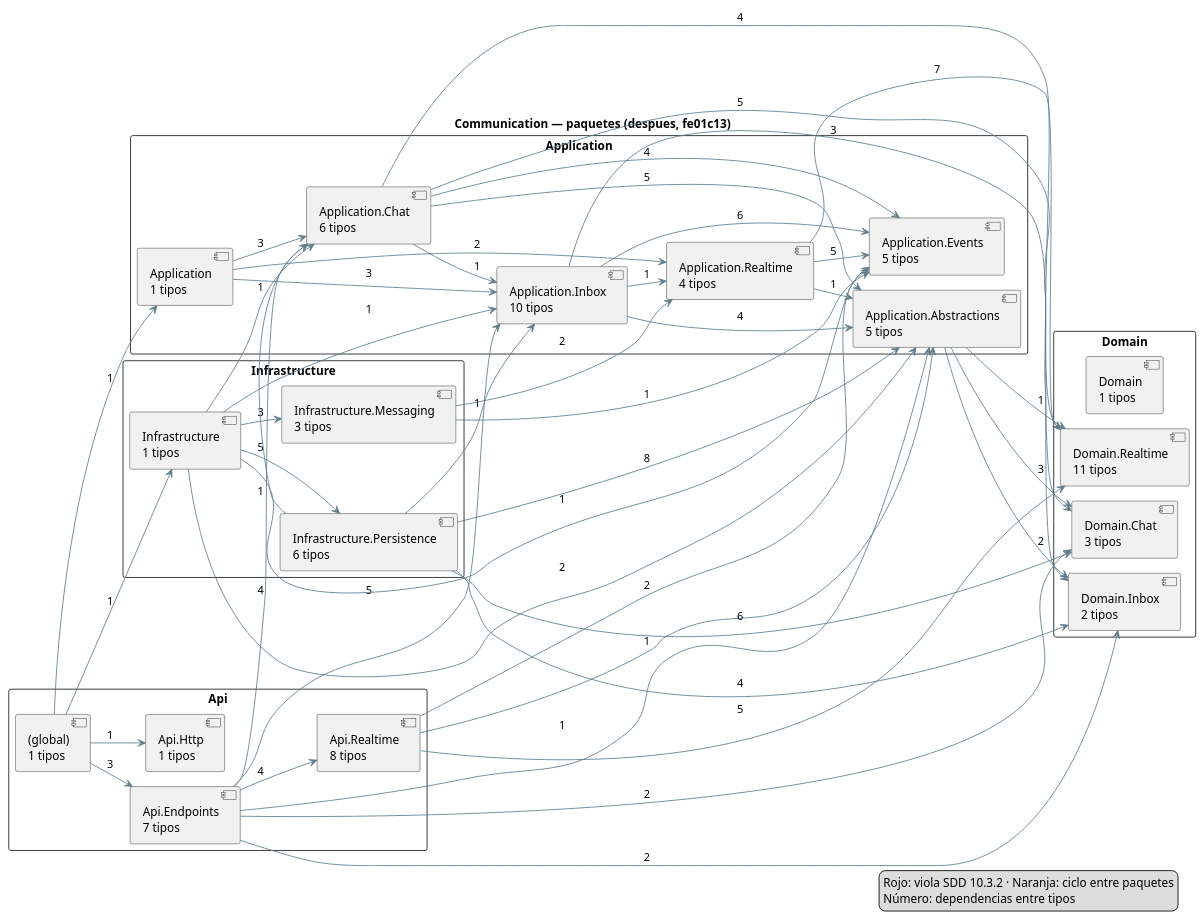
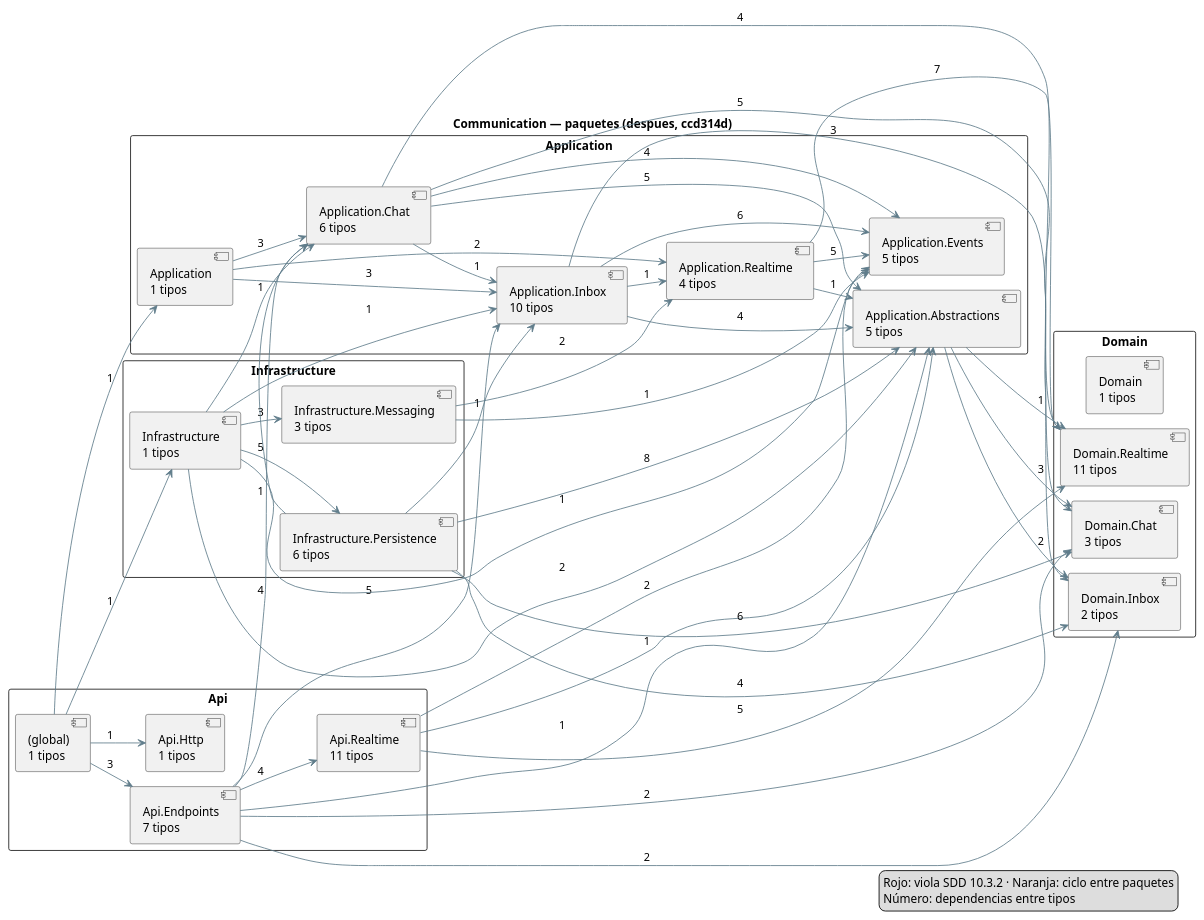
Before and after one commit to ARQUI-202630/quickpatch: the diagram in docs/architecture/codigo/despues/communication/paquetes.puml, drawn with PlantUML. The commit also changed 24 other files, not shown here.

```diff
--- a/docs/architecture/codigo/despues/communication/paquetes.puml
+++ b/docs/architecture/codigo/despues/communication/paquetes.puml
@@ -1,80 +1,80 @@
 @startuml
 !pragma layout smetana
-title Communication — paquetes (despues, fe01c13)
+title Communication — paquetes (despues, ccd314d)
 skinparam packageStyle rectangle
 skinparam shadowing false
 left to right direction
 package "Api" {
   component "(global)\n1 tipos" as _global_
   component "Api.Endpoints\n7 tipos" as QuickPatch_Communication_Api_Endpoints
   component "Api.Http\n1 tipos" as QuickPatch_Communication_Api_Http
-  component "Api.Realtime\n8 tipos" as QuickPatch_Communication_Api_Realtime
+  component "Api.Realtime\n11 tipos" as QuickPatch_Communication_Api_Realtime
 }
 package "Application" {
   component "Application\n1 tipos" as QuickPatch_Communication_Application
   component "Application.Abstractions\n5 tipos" as QuickPatch_Communication_Application_Abstractions
   component "Application.Chat\n6 tipos" as QuickPatch_Communication_Application_Chat
   component "Application.Events\n5 tipos" as QuickPatch_Communication_Application_Events
   component "Application.Inbox\n10 tipos" as QuickPatch_Communication_Application_Inbox
   component "Application.Realtime\n4 tipos" as QuickPatch_Communication_Application_Realtime
 }
 package "Domain" {
   component "Domain\n1 tipos" as QuickPatch_Communication_Domain
   component "Domain.Chat\n3 tipos" as QuickPatch_Communication_Domain_Chat
   component "Domain.Inbox\n2 tipos" as QuickPatch_Communication_Domain_Inbox
   component "Domain.Realtime\n11 tipos" as QuickPatch_Communication_Domain_Realtime
 }
 package "Infrastructure" {
   component "Infrastructure\n1 tipos" as QuickPatch_Communication_Infrastructure
   component "Infrastructure.Messaging\n3 tipos" as QuickPatch_Communication_Infrastructure_Messaging
   component "Infrastructure.Persistence\n6 tipos" as QuickPatch_Communication_Infrastructure_Persistence
 }
 _global_ --> QuickPatch_Communication_Api_Endpoints #607D8B : 3
 _global_ --> QuickPatch_Communication_Api_Http #607D8B : 1
 _global_ --> QuickPatch_Communication_Application #607D8B : 1
 _global_ --> QuickPatch_Communication_Infrastructure #607D8B : 1
 QuickPatch_Communication_Api_Endpoints --> QuickPatch_Communication_Api_Realtime #607D8B : 4
 QuickPatch_Communication_Api_Endpoints --> QuickPatch_Communication_Application_Abstractions #607D8B : 1
 QuickPatch_Communication_Api_Endpoints --> QuickPatch_Communication_Application_Chat #607D8B : 4
 QuickPatch_Communication_Api_Endpoints --> QuickPatch_Communication_Application_Inbox #607D8B : 5
 QuickPatch_Communication_Api_Endpoints --> QuickPatch_Communication_Domain_Chat #607D8B : 2
 QuickPatch_Communication_Api_Endpoints --> QuickPatch_Communication_Domain_Inbox #607D8B : 2
 QuickPatch_Communication_Api_Realtime --> QuickPatch_Communication_Application_Abstractions #607D8B : 1
 QuickPatch_Communication_Api_Realtime --> QuickPatch_Communication_Application_Events #607D8B : 2
 QuickPatch_Communication_Api_Realtime --> QuickPatch_Communication_Domain_Realtime #607D8B : 5
 QuickPatch_Communication_Application --> QuickPatch_Communication_Application_Chat #607D8B : 3
 QuickPatch_Communication_Application --> QuickPatch_Communication_Application_Inbox #607D8B : 3
 QuickPatch_Communication_Application --> QuickPatch_Communication_Application_Realtime #607D8B : 2
 QuickPatch_Communication_Application_Abstractions --> QuickPatch_Communication_Domain_Chat #607D8B : 3
 QuickPatch_Communication_Application_Abstractions --> QuickPatch_Communication_Domain_Inbox #607D8B : 2
 QuickPatch_Communication_Application_Abstractions --> QuickPatch_Communication_Domain_Realtime #607D8B : 1
 QuickPatch_Communication_Application_Chat --> QuickPatch_Communication_Application_Abstractions #607D8B : 5
 QuickPatch_Communication_Application_Chat --> QuickPatch_Communication_Application_Events #607D8B : 4
 QuickPatch_Communication_Application_Chat --> QuickPatch_Communication_Application_Inbox #607D8B : 1
 QuickPatch_Communication_Application_Chat --> QuickPatch_Communication_Domain_Chat #607D8B : 5
 QuickPatch_Communication_Application_Chat --> QuickPatch_Communication_Domain_Realtime #607D8B : 4
 QuickPatch_Communication_Application_Inbox --> QuickPatch_Communication_Application_Abstractions #607D8B : 4
 QuickPatch_Communication_Application_Inbox --> QuickPatch_Communication_Application_Events #607D8B : 6
 QuickPatch_Communication_Application_Inbox --> QuickPatch_Communication_Application_Realtime #607D8B : 1
 QuickPatch_Communication_Application_Inbox --> QuickPatch_Communication_Domain_Inbox #607D8B : 3
 QuickPatch_Communication_Application_Realtime --> QuickPatch_Communication_Application_Abstractions #607D8B : 1
 QuickPatch_Communication_Application_Realtime --> QuickPatch_Communication_Application_Events #607D8B : 5
 QuickPatch_Communication_Application_Realtime --> QuickPatch_Communication_Domain_Realtime #607D8B : 7
 QuickPatch_Communication_Infrastructure --> QuickPatch_Communication_Application_Abstractions #607D8B : 2
 QuickPatch_Communication_Infrastructure --> QuickPatch_Communication_Application_Chat #607D8B : 1
 QuickPatch_Communication_Infrastructure --> QuickPatch_Communication_Application_Events #607D8B : 1
 QuickPatch_Communication_Infrastructure --> QuickPatch_Communication_Application_Inbox #607D8B : 1
 QuickPatch_Communication_Infrastructure --> QuickPatch_Communication_Infrastructure_Messaging #607D8B : 3
 QuickPatch_Communication_Infrastructure --> QuickPatch_Communication_Infrastructure_Persistence #607D8B : 5
 QuickPatch_Communication_Infrastructure_Messaging --> QuickPatch_Communication_Application_Events #607D8B : 1
 QuickPatch_Communication_Infrastructure_Messaging --> QuickPatch_Communication_Application_Realtime #607D8B : 2
 QuickPatch_Communication_Infrastructure_Persistence --> QuickPatch_Communication_Application_Abstractions #607D8B : 8
 QuickPatch_Communication_Infrastructure_Persistence --> QuickPatch_Communication_Application_Chat #607D8B : 1
 QuickPatch_Communication_Infrastructure_Persistence --> QuickPatch_Communication_Application_Inbox #607D8B : 1
 QuickPatch_Communication_Infrastructure_Persistence --> QuickPatch_Communication_Domain_Chat #607D8B : 6
 QuickPatch_Communication_Infrastructure_Persistence --> QuickPatch_Communication_Domain_Inbox #607D8B : 4
 legend right
 Rojo: viola SDD 10.3.2 · Naranja: ciclo entre paquetes
 Número: dependencias entre tipos
 endlegend
 @enduml
```
